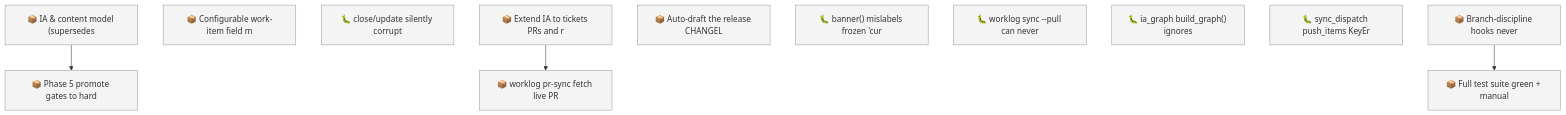
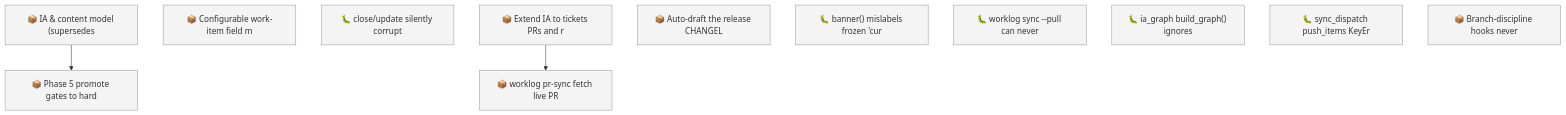
Before and after one commit to SpillwaveSolutions/wiki_ticket_sdd: the first of 2 diagrams in docs/roadmap.md, drawn with Mermaid. The commit also changed other lines of this file and 11 other files, not shown here.

````diff
--- a/docs/roadmap.md
+++ b/docs/roadmap.md
@@ -72,21 +65,19 @@
 ```mermaid
 graph TD
     01KY5G9ZW0H2YMNWDFJYGRPYE5["📦 IA & content model (supersedes"]
     01KY5G9ZW0RABXWHEMEP1FAV2G["📦 Phase 5 promote gates to hard"]
     01KY5NE0ZYGBWG44N0KPEBFCZ8["📦 Configurable work-item field m"]
     01KYA99TVCGX79HFNHN1DVT7Y6["🐛 close/update silently corrupt"]
     01KYABYEQP8ANXGYPBCV2T20D8["📦 Extend IA to tickets PRs and r"]
     01KYAC0AC01R4C6W7YY1X8NVRV["📦 Auto-draft the release CHANGEL"]
     01KYACFJA0SQSF4C83BJZXB5MY["🐛 banner() mislabels frozen 'cur"]
     01KYADGT9Q48EKJZVQQSH4HXWZ["📦 worklog pr-sync fetch live PR"]
     01KYAGZ8KK46SQF1MKHAHVCTJV["🐛 worklog sync --pull can never"]
     01KYAHAB3T2QXGMN4SQT4ZNZGW["🐛 ia_graph build_graph() ignores"]
     01KYAKH389T1ZKKBP94WH2HK94["🐛 sync_dispatch push_items KeyEr"]
     01KYBD2HYJVNHX698WR1JD96YC["📦 Branch-discipline hooks never"]
-    01KYBD2HYKB5E4JXNYYQ9BPDAE["📦 Full test suite green + manual"]
     01KY5G9ZW0H2YMNWDFJYGRPYE5 --> 01KY5G9ZW0RABXWHEMEP1FAV2G
     01KYABYEQP8ANXGYPBCV2T20D8 --> 01KYADGT9Q48EKJZVQQSH4HXWZ
-    01KYBD2HYJVNHX698WR1JD96YC --> 01KYBD2HYKB5E4JXNYYQ9BPDAE
     classDef todo fill:#f4f4f4,stroke:#999999
-    class 01KY5G9ZW0H2YMNWDFJYGRPYE5,01KY5G9ZW0RABXWHEMEP1FAV2G,01KY5NE0ZYGBWG44N0KPEBFCZ8,01KYA99TVCGX79HFNHN1DVT7Y6,01KYABYEQP8ANXGYPBCV2T20D8,01KYAC0AC01R4C6W7YY1X8NVRV,01KYACFJA0SQSF4C83BJZXB5MY,01KYADGT9Q48EKJZVQQSH4HXWZ,01KYAGZ8KK46SQF1MKHAHVCTJV,01KYAHAB3T2QXGMN4SQT4ZNZGW,01KYAKH389T1ZKKBP94WH2HK94,01KYBD2HYJVNHX698WR1JD96YC,01KYBD2HYKB5E4JXNYYQ9BPDAE todo
+    class 01KY5G9ZW0H2YMNWDFJYGRPYE5,01KY5G9ZW0RABXWHEMEP1FAV2G,01KY5NE0ZYGBWG44N0KPEBFCZ8,01KYA99TVCGX79HFNHN1DVT7Y6,01KYABYEQP8ANXGYPBCV2T20D8,01KYAC0AC01R4C6W7YY1X8NVRV,01KYACFJA0SQSF4C83BJZXB5MY,01KYADGT9Q48EKJZVQQSH4HXWZ,01KYAGZ8KK46SQF1MKHAHVCTJV,01KYAHAB3T2QXGMN4SQT4ZNZGW,01KYAKH389T1ZKKBP94WH2HK94,01KYBD2HYJVNHX698WR1JD96YC todo
 ```
````
